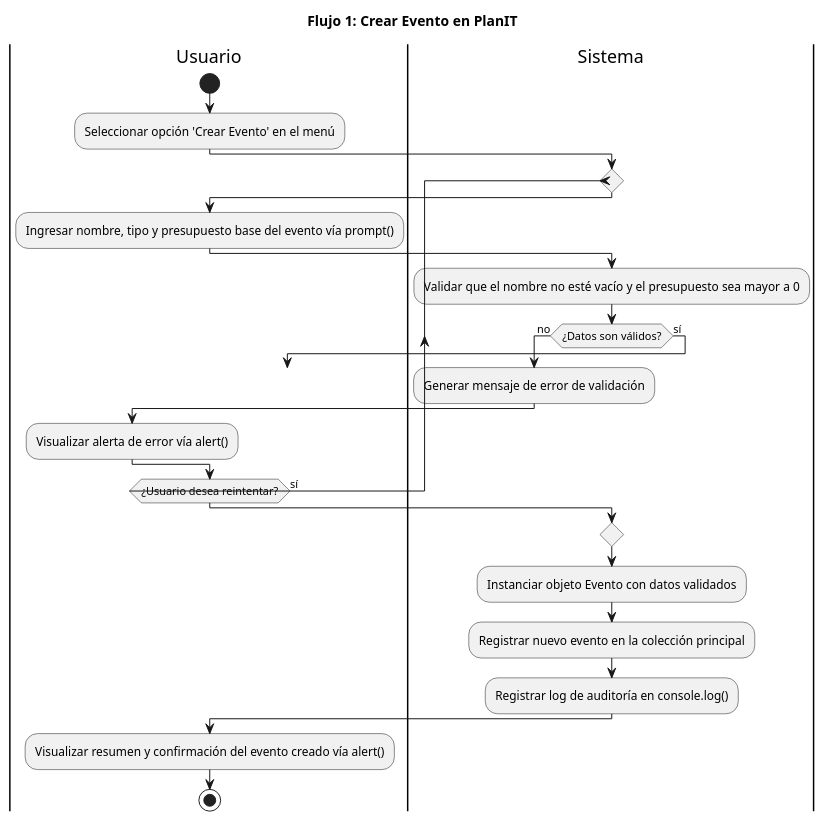
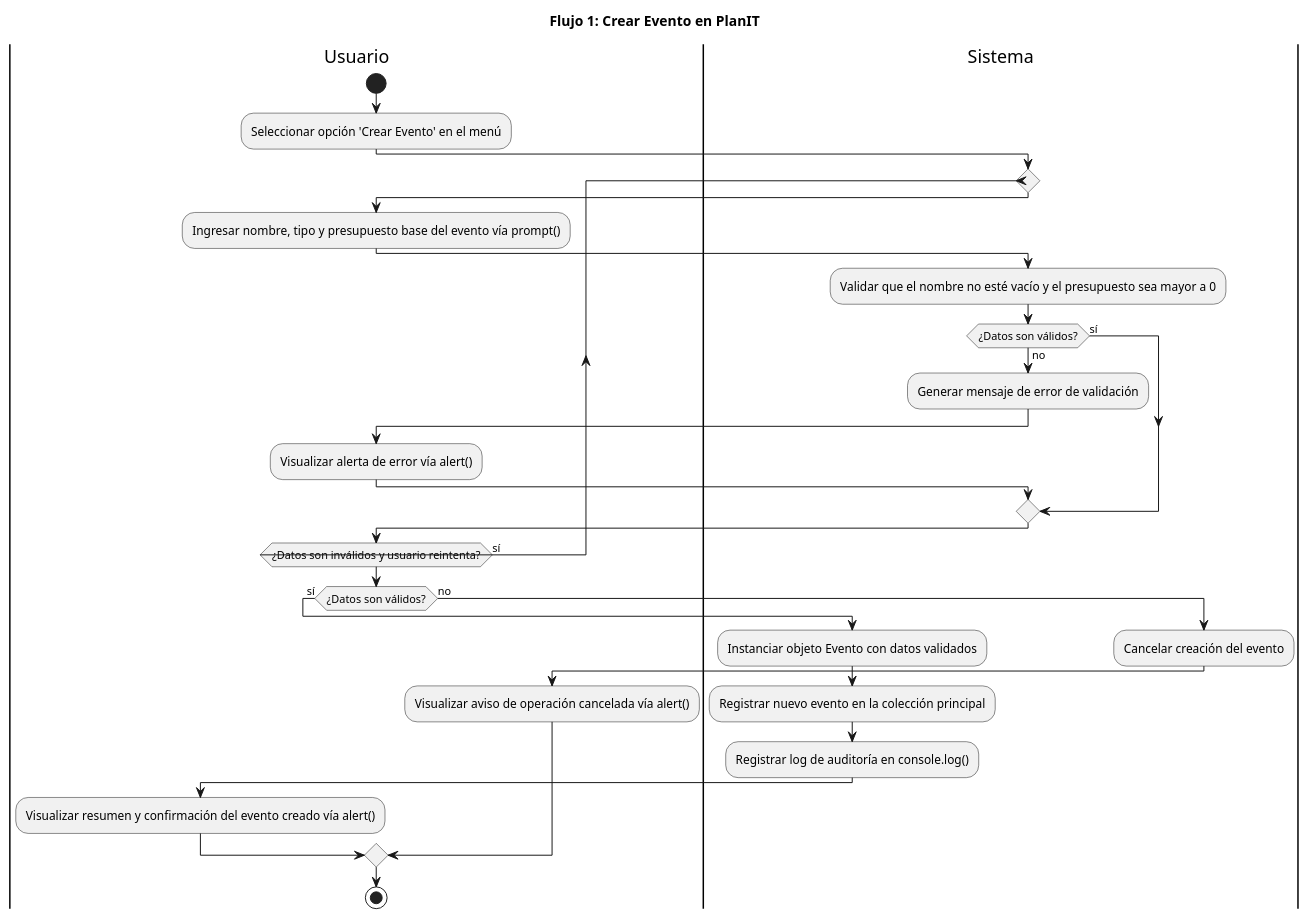
The diagram in docs/05-diagramas/01-diagrama-de-actividades/actividad-flujo-1-crear-evento.puml (carolabenvenuto-uces/planit), drawn with PlantUML before and after one commit. The commit also changed 1 other file, not shown here.

Commit message:
refactor(diagramas): corrige BEFORE/AT CLOSE en spec y ajusta logica de cancelacion en flujo 1

```diff
--- a/docs/05-diagramas/01-diagrama-de-actividades/actividad-flujo-1-crear-evento.puml
+++ b/docs/05-diagramas/01-diagrama-de-actividades/actividad-flujo-1-crear-evento.puml
@@ -1,36 +1,42 @@
 @startuml actividad-flujo-1-crear-evento
 title Flujo 1: Crear Evento en PlanIT
 
 |Usuario|
 start
 :Seleccionar opción 'Crear Evento' en el menú;
 
 |Sistema|
 repeat
+  |Usuario|
+  :Ingresar nombre, tipo y presupuesto base del evento vía prompt();
+  
+  |Sistema|
+  :Validar que el nombre no esté vacío y el presupuesto sea mayor a 0;
+  
+  if (¿Datos son válidos?) then (no)
+    :Generar mensaje de error de validación;
+    
+    |Usuario|
+    :Visualizar alerta de error vía alert();
+  else (sí)
+  endif
+repeat while (¿Datos son inválidos y usuario reintenta?) is (sí)
 
-|Usuario|
-:Ingresar nombre, tipo y presupuesto base del evento vía prompt();
-
-|Sistema|
-:Validar que el nombre no esté vacío y el presupuesto sea mayor a 0;
-
-if (¿Datos son válidos?) then (no)
-  :Generar mensaje de error de validación;
+if (¿Datos son válidos?) then (sí)
+  |Sistema|
+  :Instanciar objeto Evento con datos validados;
+  :Registrar nuevo evento en la colección principal;
+  :Registrar log de auditoría en console.log();
   
   |Usuario|
-  :Visualizar alerta de error vía alert();
-else (sí)
-  break
+  :Visualizar resumen y confirmación del evento creado vía alert();
+else (no)
+  |Sistema|
+  :Cancelar creación del evento;
+  
+  |Usuario|
+  :Visualizar aviso de operación cancelada vía alert();
 endif
 
-repeat while (¿Usuario desea reintentar?) is (sí)
-
-|Sistema|
-:Instanciar objeto Evento con datos validados;
-:Registrar nuevo evento en la colección principal;
-:Registrar log de auditoría en console.log();
-
-|Usuario|
-:Visualizar resumen y confirmación del evento creado vía alert();
 stop
 @enduml
```
